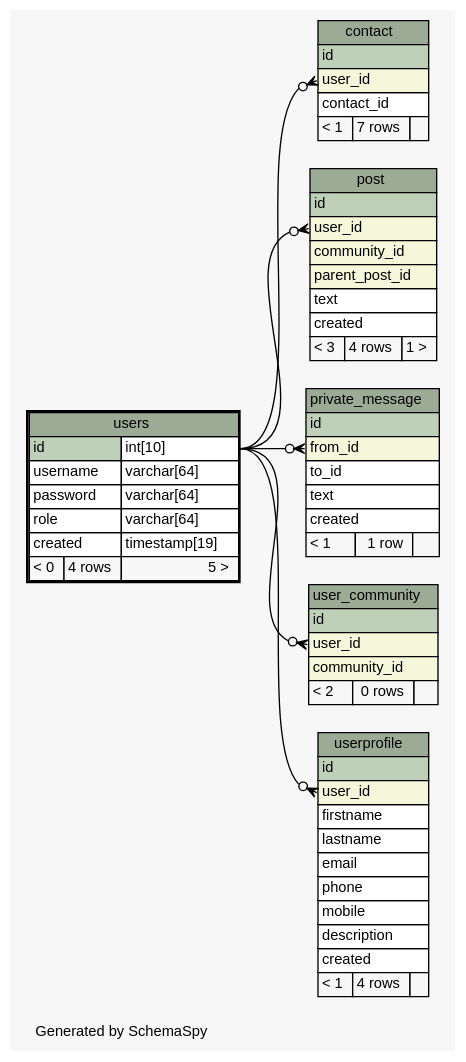
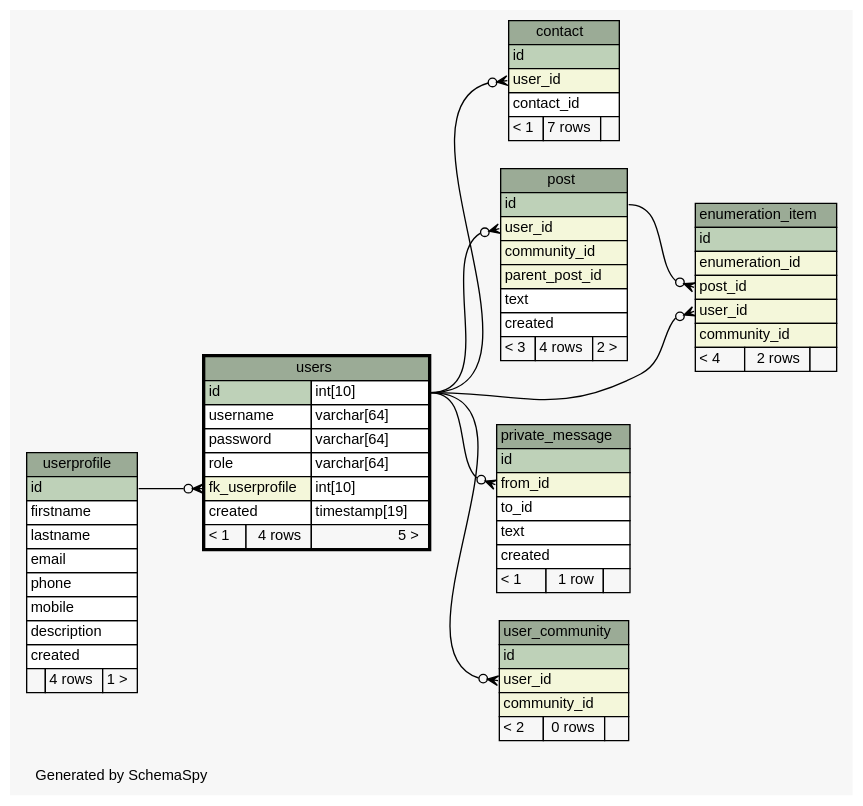
Before and after one commit to chr-krenn/chr-krenn-fhj-ws2017-sd17-pse: the diagram in doc/db_schema/diagrams/users.1degree.dot, drawn with Graphviz. The commit also changed 60 other files, not shown here.

```diff
--- a/doc/db_schema/diagrams/users.1degree.dot
+++ b/doc/db_schema/diagrams/users.1degree.dot
@@ -1,112 +1,128 @@
 // dot 2.40.1 on Linux 4.12.5-300.fc26.x86_64
 // SchemaSpy rev 590
 digraph "oneDegreeRelationshipsDiagram" {
   graph [
     rankdir="RL"
     bgcolor="#f7f7f7"
     label="\nGenerated by SchemaSpy"
     labeljust="l"
     nodesep="0.18"
     ranksep="0.46"
     fontname="Helvetica"
     fontsize="11"
   ];
   node [
     fontname="Helvetica"
     fontsize="11"
     shape="plaintext"
   ];
   edge [
     arrowsize="0.8"
   ];
   "contact":"user_id":w -> "users":"id.type":e [arrowhead=none dir=back arrowtail=crowodot];
+  "enumeration_item":"post_id":w -> "post":"id":e [arrowhead=none dir=back arrowtail=crowodot];
+  "enumeration_item":"user_id":w -> "users":"id.type":e [arrowhead=none dir=back arrowtail=crowodot];
   "post":"user_id":w -> "users":"id.type":e [arrowhead=none dir=back arrowtail=crowodot];
   "private_message":"from_id":w -> "users":"id.type":e [arrowhead=none dir=back arrowtail=crowodot];
   "user_community":"user_id":w -> "users":"id.type":e [arrowhead=none dir=back arrowtail=crowodot];
-  "userprofile":"user_id":w -> "users":"id.type":e [arrowhead=none dir=back arrowtail=crowodot];
+  "users":"fk_userprofile":w -> "userprofile":"id":e [arrowhead=none dir=back arrowtail=crowodot];
   "contact" [
     label=<
     <TABLE BORDER="0" CELLBORDER="1" CELLSPACING="0" BGCOLOR="#ffffff">
       <TR><TD COLSPAN="3" BGCOLOR="#9bab96" ALIGN="CENTER">contact</TD></TR>
       <TR><TD PORT="id" COLSPAN="3" BGCOLOR="#bed1b8" ALIGN="LEFT">id</TD></TR>
       <TR><TD PORT="user_id" COLSPAN="3" BGCOLOR="#f4f7da" ALIGN="LEFT">user_id</TD></TR>
       <TR><TD PORT="contact_id" COLSPAN="3" ALIGN="LEFT">contact_id</TD></TR>
       <TR><TD ALIGN="LEFT" BGCOLOR="#f7f7f7">&lt; 1</TD><TD ALIGN="RIGHT" BGCOLOR="#f7f7f7">7 rows</TD><TD ALIGN="RIGHT" BGCOLOR="#f7f7f7">  </TD></TR>
     </TABLE>>
     URL="contact.html"
     tooltip="contact"
   ];
+  "enumeration_item" [
+    label=<
+    <TABLE BORDER="0" CELLBORDER="1" CELLSPACING="0" BGCOLOR="#ffffff">
+      <TR><TD COLSPAN="3" BGCOLOR="#9bab96" ALIGN="CENTER">enumeration_item</TD></TR>
+      <TR><TD PORT="id" COLSPAN="3" BGCOLOR="#bed1b8" ALIGN="LEFT">id</TD></TR>
+      <TR><TD PORT="enumeration_id" COLSPAN="3" BGCOLOR="#f4f7da" ALIGN="LEFT">enumeration_id</TD></TR>
+      <TR><TD PORT="post_id" COLSPAN="3" BGCOLOR="#f4f7da" ALIGN="LEFT">post_id</TD></TR>
+      <TR><TD PORT="user_id" COLSPAN="3" BGCOLOR="#f4f7da" ALIGN="LEFT">user_id</TD></TR>
+      <TR><TD PORT="community_id" COLSPAN="3" BGCOLOR="#f4f7da" ALIGN="LEFT">community_id</TD></TR>
+      <TR><TD ALIGN="LEFT" BGCOLOR="#f7f7f7">&lt; 4</TD><TD ALIGN="RIGHT" BGCOLOR="#f7f7f7">2 rows</TD><TD ALIGN="RIGHT" BGCOLOR="#f7f7f7">  </TD></TR>
+    </TABLE>>
+    URL="enumeration_item.html"
+    tooltip="enumeration_item"
+  ];
   "post" [
     label=<
     <TABLE BORDER="0" CELLBORDER="1" CELLSPACING="0" BGCOLOR="#ffffff">
       <TR><TD COLSPAN="3" BGCOLOR="#9bab96" ALIGN="CENTER">post</TD></TR>
       <TR><TD PORT="id" COLSPAN="3" BGCOLOR="#bed1b8" ALIGN="LEFT">id</TD></TR>
       <TR><TD PORT="user_id" COLSPAN="3" BGCOLOR="#f4f7da" ALIGN="LEFT">user_id</TD></TR>
       <TR><TD PORT="community_id" COLSPAN="3" BGCOLOR="#f4f7da" ALIGN="LEFT">community_id</TD></TR>
       <TR><TD PORT="parent_post_id" COLSPAN="3" BGCOLOR="#f4f7da" ALIGN="LEFT">parent_post_id</TD></TR>
       <TR><TD PORT="text" COLSPAN="3" ALIGN="LEFT">text</TD></TR>
       <TR><TD PORT="created" COLSPAN="3" ALIGN="LEFT">created</TD></TR>
-      <TR><TD ALIGN="LEFT" BGCOLOR="#f7f7f7">&lt; 3</TD><TD ALIGN="RIGHT" BGCOLOR="#f7f7f7">4 rows</TD><TD ALIGN="RIGHT" BGCOLOR="#f7f7f7">1 &gt;</TD></TR>
+      <TR><TD ALIGN="LEFT" BGCOLOR="#f7f7f7">&lt; 3</TD><TD ALIGN="RIGHT" BGCOLOR="#f7f7f7">4 rows</TD><TD ALIGN="RIGHT" BGCOLOR="#f7f7f7">2 &gt;</TD></TR>
     </TABLE>>
     URL="post.html"
     tooltip="post"
   ];
   "private_message" [
     label=<
     <TABLE BORDER="0" CELLBORDER="1" CELLSPACING="0" BGCOLOR="#ffffff">
       <TR><TD COLSPAN="3" BGCOLOR="#9bab96" ALIGN="CENTER">private_message</TD></TR>
       <TR><TD PORT="id" COLSPAN="3" BGCOLOR="#bed1b8" ALIGN="LEFT">id</TD></TR>
       <TR><TD PORT="from_id" COLSPAN="3" BGCOLOR="#f4f7da" ALIGN="LEFT">from_id</TD></TR>
       <TR><TD PORT="to_id" COLSPAN="3" ALIGN="LEFT">to_id</TD></TR>
       <TR><TD PORT="text" COLSPAN="3" ALIGN="LEFT">text</TD></TR>
       <TR><TD PORT="created" COLSPAN="3" ALIGN="LEFT">created</TD></TR>
       <TR><TD ALIGN="LEFT" BGCOLOR="#f7f7f7">&lt; 1</TD><TD ALIGN="RIGHT" BGCOLOR="#f7f7f7">1 row</TD><TD ALIGN="RIGHT" BGCOLOR="#f7f7f7">  </TD></TR>
     </TABLE>>
     URL="private_message.html"
     tooltip="private_message"
   ];
   "user_community" [
     label=<
     <TABLE BORDER="0" CELLBORDER="1" CELLSPACING="0" BGCOLOR="#ffffff">
       <TR><TD COLSPAN="3" BGCOLOR="#9bab96" ALIGN="CENTER">user_community</TD></TR>
       <TR><TD PORT="id" COLSPAN="3" BGCOLOR="#bed1b8" ALIGN="LEFT">id</TD></TR>
       <TR><TD PORT="user_id" COLSPAN="3" BGCOLOR="#f4f7da" ALIGN="LEFT">user_id</TD></TR>
       <TR><TD PORT="community_id" COLSPAN="3" BGCOLOR="#f4f7da" ALIGN="LEFT">community_id</TD></TR>
       <TR><TD ALIGN="LEFT" BGCOLOR="#f7f7f7">&lt; 2</TD><TD ALIGN="RIGHT" BGCOLOR="#f7f7f7">0 rows</TD><TD ALIGN="RIGHT" BGCOLOR="#f7f7f7">  </TD></TR>
     </TABLE>>
     URL="user_community.html"
     tooltip="user_community"
   ];
   "userprofile" [
     label=<
     <TABLE BORDER="0" CELLBORDER="1" CELLSPACING="0" BGCOLOR="#ffffff">
       <TR><TD COLSPAN="3" BGCOLOR="#9bab96" ALIGN="CENTER">userprofile</TD></TR>
       <TR><TD PORT="id" COLSPAN="3" BGCOLOR="#bed1b8" ALIGN="LEFT">id</TD></TR>
-      <TR><TD PORT="user_id" COLSPAN="3" BGCOLOR="#f4f7da" ALIGN="LEFT">user_id</TD></TR>
       <TR><TD PORT="firstname" COLSPAN="3" ALIGN="LEFT">firstname</TD></TR>
       <TR><TD PORT="lastname" COLSPAN="3" ALIGN="LEFT">lastname</TD></TR>
       <TR><TD PORT="email" COLSPAN="3" ALIGN="LEFT">email</TD></TR>
       <TR><TD PORT="phone" COLSPAN="3" ALIGN="LEFT">phone</TD></TR>
       <TR><TD PORT="mobile" COLSPAN="3" ALIGN="LEFT">mobile</TD></TR>
       <TR><TD PORT="description" COLSPAN="3" ALIGN="LEFT">description</TD></TR>
       <TR><TD PORT="created" COLSPAN="3" ALIGN="LEFT">created</TD></TR>
-      <TR><TD ALIGN="LEFT" BGCOLOR="#f7f7f7">&lt; 1</TD><TD ALIGN="RIGHT" BGCOLOR="#f7f7f7">4 rows</TD><TD ALIGN="RIGHT" BGCOLOR="#f7f7f7">  </TD></TR>
+      <TR><TD ALIGN="LEFT" BGCOLOR="#f7f7f7">  </TD><TD ALIGN="RIGHT" BGCOLOR="#f7f7f7">4 rows</TD><TD ALIGN="RIGHT" BGCOLOR="#f7f7f7">1 &gt;</TD></TR>
     </TABLE>>
     URL="userprofile.html"
     tooltip="userprofile"
   ];
   "users" [
     label=<
     <TABLE BORDER="2" CELLBORDER="1" CELLSPACING="0" BGCOLOR="#ffffff">
       <TR><TD COLSPAN="3" BGCOLOR="#9bab96" ALIGN="CENTER">users</TD></TR>
       <TR><TD PORT="id" COLSPAN="2" BGCOLOR="#bed1b8" ALIGN="LEFT">id</TD><TD PORT="id.type" ALIGN="LEFT">int[10]</TD></TR>
       <TR><TD PORT="username" COLSPAN="2" ALIGN="LEFT">username</TD><TD PORT="username.type" ALIGN="LEFT">varchar[64]</TD></TR>
       <TR><TD PORT="password" COLSPAN="2" ALIGN="LEFT">password</TD><TD PORT="password.type" ALIGN="LEFT">varchar[64]</TD></TR>
       <TR><TD PORT="role" COLSPAN="2" ALIGN="LEFT">role</TD><TD PORT="role.type" ALIGN="LEFT">varchar[64]</TD></TR>
+      <TR><TD PORT="fk_userprofile" COLSPAN="2" BGCOLOR="#f4f7da" ALIGN="LEFT">fk_userprofile</TD><TD PORT="fk_userprofile.type" ALIGN="LEFT">int[10]</TD></TR>
       <TR><TD PORT="created" COLSPAN="2" ALIGN="LEFT">created</TD><TD PORT="created.type" ALIGN="LEFT">timestamp[19]</TD></TR>
-      <TR><TD ALIGN="LEFT" BGCOLOR="#f7f7f7">&lt; 0</TD><TD ALIGN="RIGHT" BGCOLOR="#f7f7f7">4 rows</TD><TD ALIGN="RIGHT" BGCOLOR="#f7f7f7">5 &gt;</TD></TR>
+      <TR><TD ALIGN="LEFT" BGCOLOR="#f7f7f7">&lt; 1</TD><TD ALIGN="RIGHT" BGCOLOR="#f7f7f7">4 rows</TD><TD ALIGN="RIGHT" BGCOLOR="#f7f7f7">5 &gt;</TD></TR>
     </TABLE>>
     URL="users.html"
     tooltip="users"
   ];
 }
```
